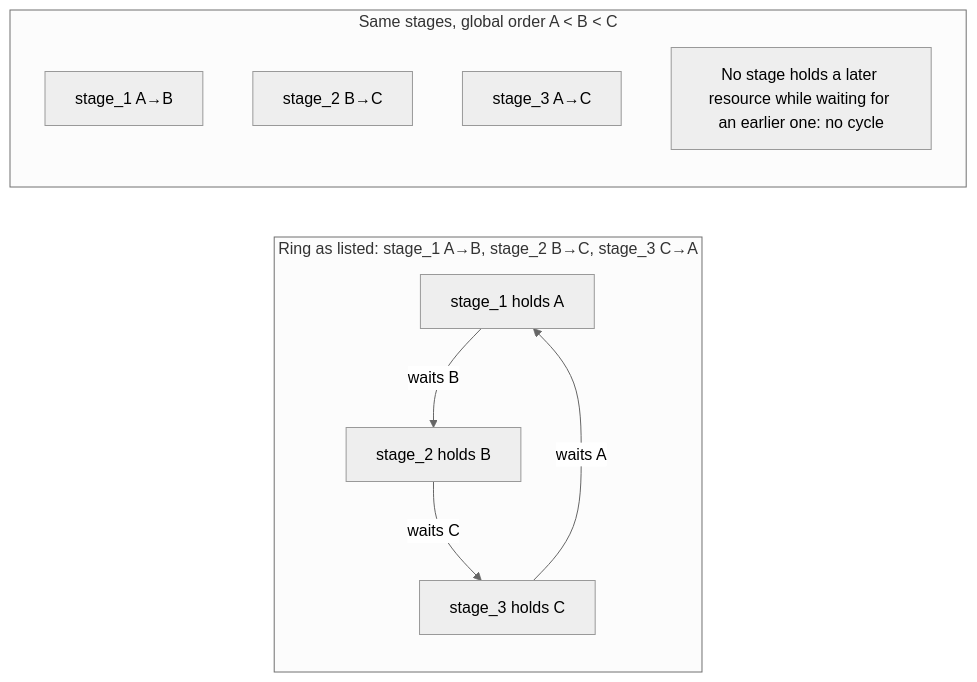
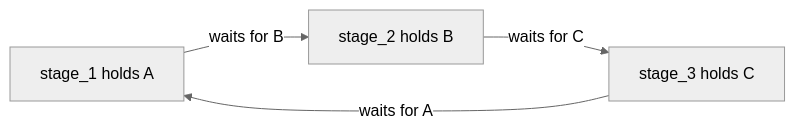
Before and after one commit to mortezasghari/NovaExercise: the ninth of 10 diagrams in DESIGN.md, drawn with Mermaid (neutral theme). The commit also changed other lines of this file, not shown here.

First line of the commit message:
Simplify the design diagrams into small multi-level views

````diff
--- a/DESIGN.md
+++ b/DESIGN.md
@@ -216,12 +248,6 @@
 ```mermaid
 flowchart LR
-    subgraph ring["Ring as listed: stage_1 A→B, stage_2 B→C, stage_3 C→A"]
-        S1["stage_1 holds A"] -->|waits B| S2["stage_2 holds B"]
-        S2 -->|waits C| S3["stage_3 holds C"]
-        S3 -->|waits A| S1
-    end
-    subgraph ordered["Same stages, global order A < B < C"]
-        O1["stage_1 A→B"] ; O2["stage_2 B→C"] ; O3["stage_3 A→C"]
-        note["No stage holds a later resource while waiting for an earlier one: no cycle"]
-    end
+    S1[stage_1 holds A] -->|waits for B| S2[stage_2 holds B]
+    S2 -->|waits for C| S3[stage_3 holds C]
+    S3 -->|waits for A| S1
 ```
````
